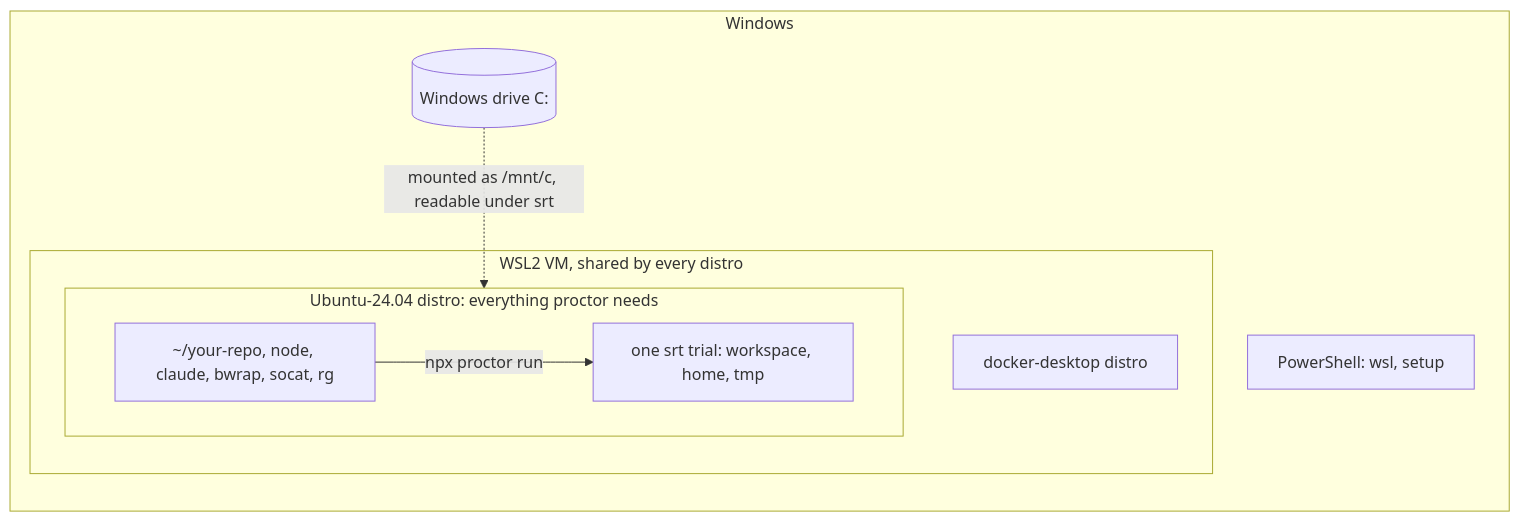
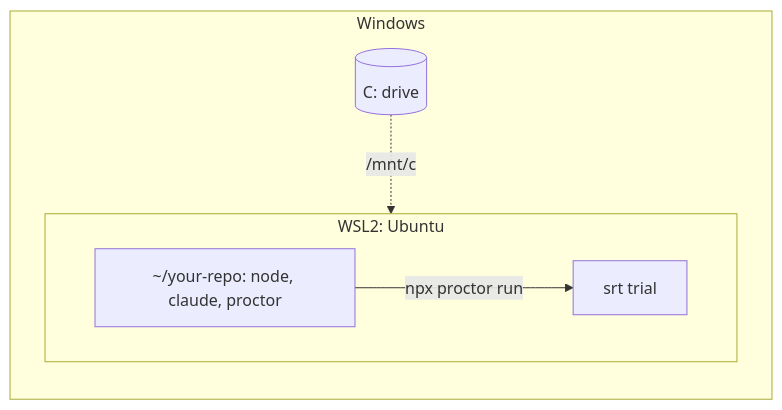
One commit to Luce-Florian/proctor changed the diagram in docs/windows.md. Above: the diagram before and after it, drawn with Mermaid. The commit also changed other lines of this file and 1 other file, not shown here.

First line of the commit message:
docs: rewrite the Windows page as a short setup guide

````diff
--- a/docs/windows.md
+++ b/docs/windows.md
@@ -5,16 +5,12 @@
 ```mermaid
 flowchart LR
     subgraph Windows
-        PS["PowerShell: wsl, setup"]
-        C[("Windows drive C:")]
-        subgraph VM["WSL2 VM, shared by every distro"]
-            subgraph Ubuntu["Ubuntu-24.04 distro: everything proctor needs"]
-                R["~/your-repo, node, claude, bwrap, socat, rg"]
-                T["one srt trial: workspace, home, tmp"]
-                R -- "npx proctor run" --> T
-            end
-            D["docker-desktop distro"]
+        C[("C: drive")]
+        subgraph WSL2["WSL2: Ubuntu"]
+            R["~/your-repo: node, claude, proctor"]
+            T["srt trial"]
+            R -- "npx proctor run" --> T
         end
-        C -. "mounted as /mnt/c, readable under srt" .-> Ubuntu
+        C -. "/mnt/c" .-> WSL2
     end
 ```
````
